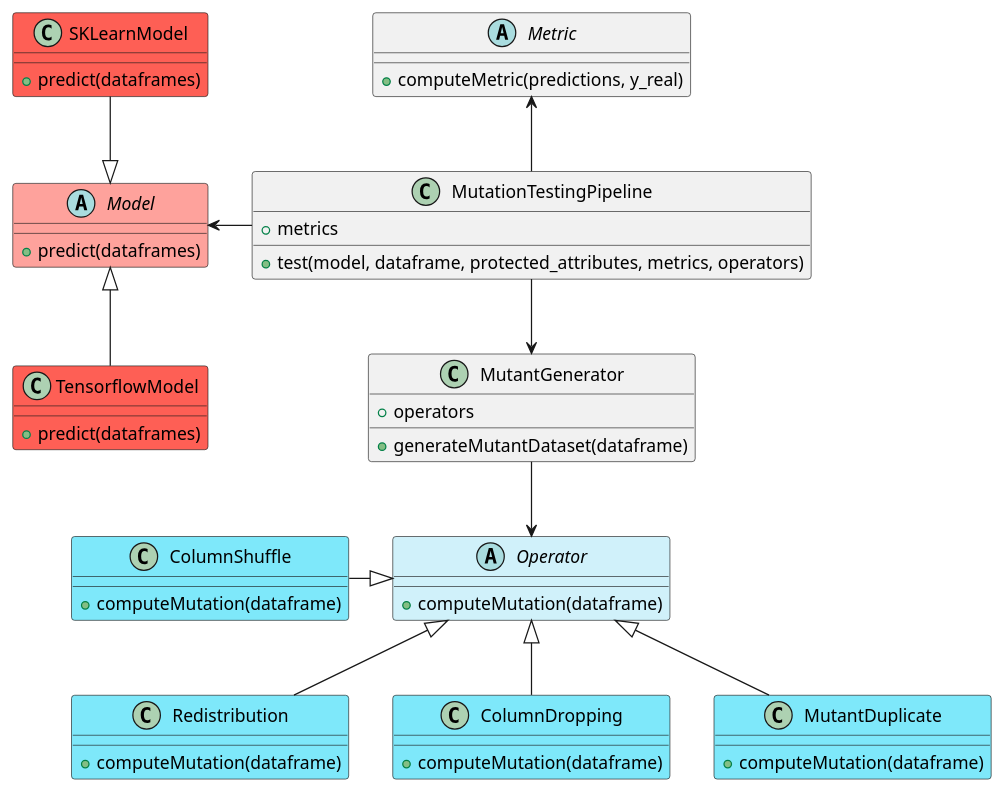
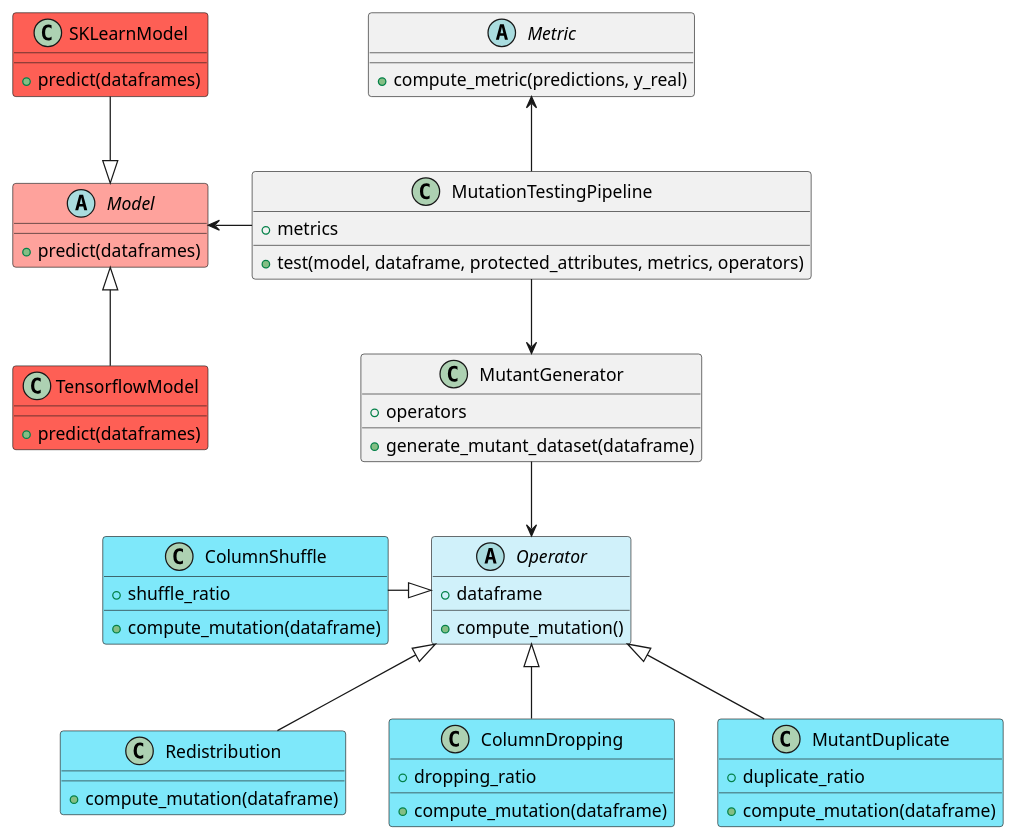
One commit to Camille-Molinier/mutation-testing-ml-fairness changed the diagram in design/class_diagram.puml. Above: the diagram before and after it, drawn with PlantUML. The commit also changed 5 other files, not shown here.

```diff
--- a/design/class_diagram.puml
+++ b/design/class_diagram.puml
@@ -1,66 +1,70 @@
 @startuml
 'https://plantuml.com/class-diagram
 
 
 class MutationTestingPipeline {
     + metrics
     + test(model, dataframe, protected_attributes, metrics, operators)
 }
 
 abstract class Operator #D0F1FA{
-    + computeMutation(dataframe)
+    + dataframe
+    + compute_mutation()
 }
 
 abstract class Model #FEA29C{
     + predict(dataframes)
 }
 
 abstract class Metric {
-    + computeMetric(predictions, y_real)
+    + compute_metric(predictions, y_real)
 }
 
 class MutantGenerator {
     + operators
-    + generateMutantDataset(dataframe)
+    + generate_mutant_dataset(dataframe)
 }
 
 class TensorflowModel #FE5F55{
     + predict(dataframes)
 }
 
 class SKLearnModel #FE5F55{
     + predict(dataframes)
 }
 
 class ColumnShuffle #7EE8FA{
-    + computeMutation(dataframe)
+    + shuffle_ratio
+    + compute_mutation(dataframe)
 }
 
 class Redistribution #7EE8FA{
-    + computeMutation(dataframe)
+    + compute_mutation(dataframe)
 }
 
 class ColumnDropping #7EE8FA{
-    + computeMutation(dataframe)
+    + dropping_ratio
+    + compute_mutation(dataframe)
 }
 
 class MutantDuplicate #7EE8FA{
-    + computeMutation(dataframe)
+    + duplicate_ratio
+    + compute_mutation(dataframe)
 }
 
 MutationTestingPipeline -l-> Model
 MutationTestingPipeline -u-> Metric
 
 SKLearnModel --|> Model
 TensorflowModel -u-|> Model
 
 ColumnShuffle -|> Operator
 Redistribution -u-|> Operator
 ColumnDropping -u-|> Operator
 MutantDuplicate -u-|> Operator
 
 MutantGenerator --> Operator
 
 MutationTestingPipeline -d-> MutantGenerator
 
 @enduml
```
